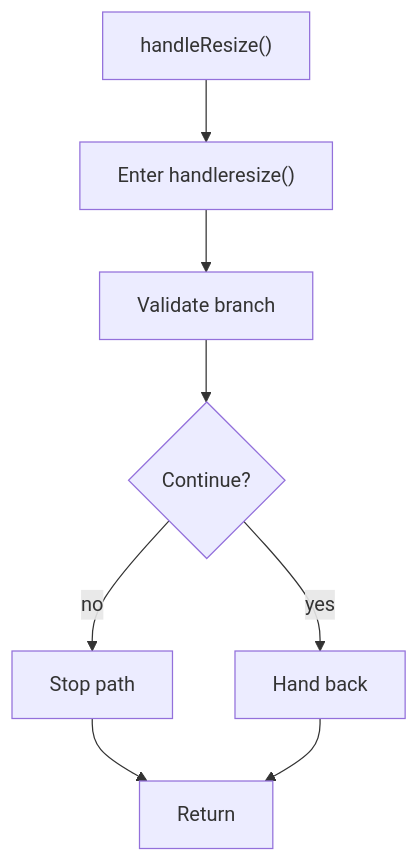
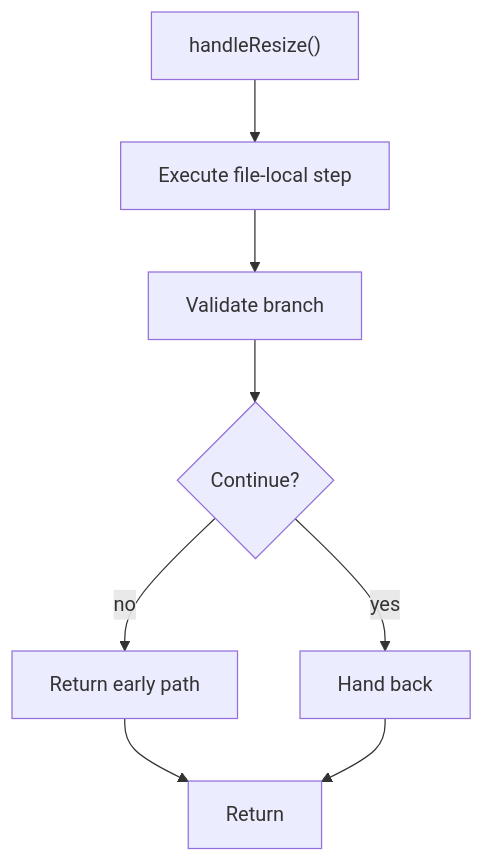
One commit to JohnAndrewBalbarosa/NeoTerritory changed the diagram in docs/Codebase/Frontend/scripts/sidebar/functions/handleresize.js.md. Above: the diagram before and after it, drawn with Mermaid. The commit also changed other lines of this file and 925 other files, not shown here.

````diff
--- a/docs/Codebase/Frontend/scripts/sidebar/functions/handleresize.js.md
+++ b/docs/Codebase/Frontend/scripts/sidebar/functions/handleresize.js.md
@@ -17,17 +17,17 @@
 ```mermaid
 flowchart TD
     Start["handleResize()"]
-    N0["Enter handleresize()"]
+    N0["Execute file-local step"]
     N1["Validate branch"]
     D1{"Continue?"}
-    R1["Stop path"]
+    R1["Return early path"]
     N2["Hand back"]
     End["Return"]
     Start --> N0
     N0 --> N1
     N1 --> D1
     D1 -->|yes| N2
     D1 -->|no| R1
     R1 --> End
     N2 --> End
 ```
````
